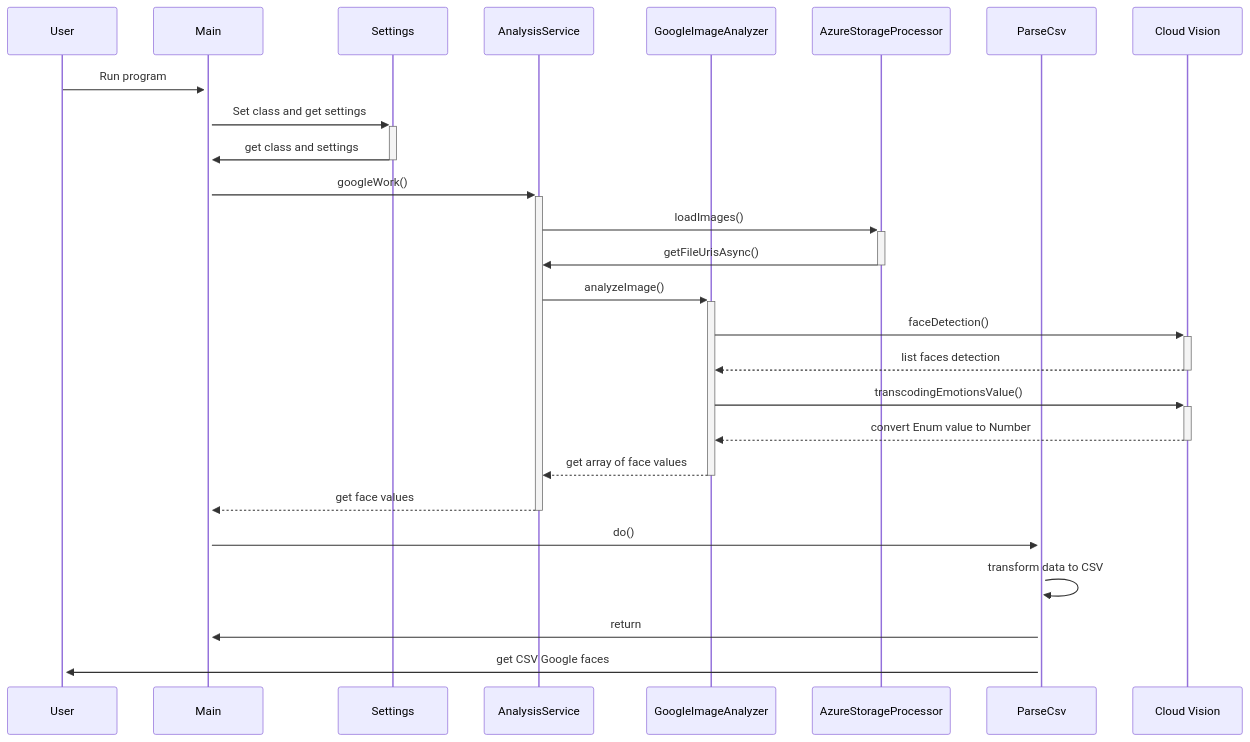
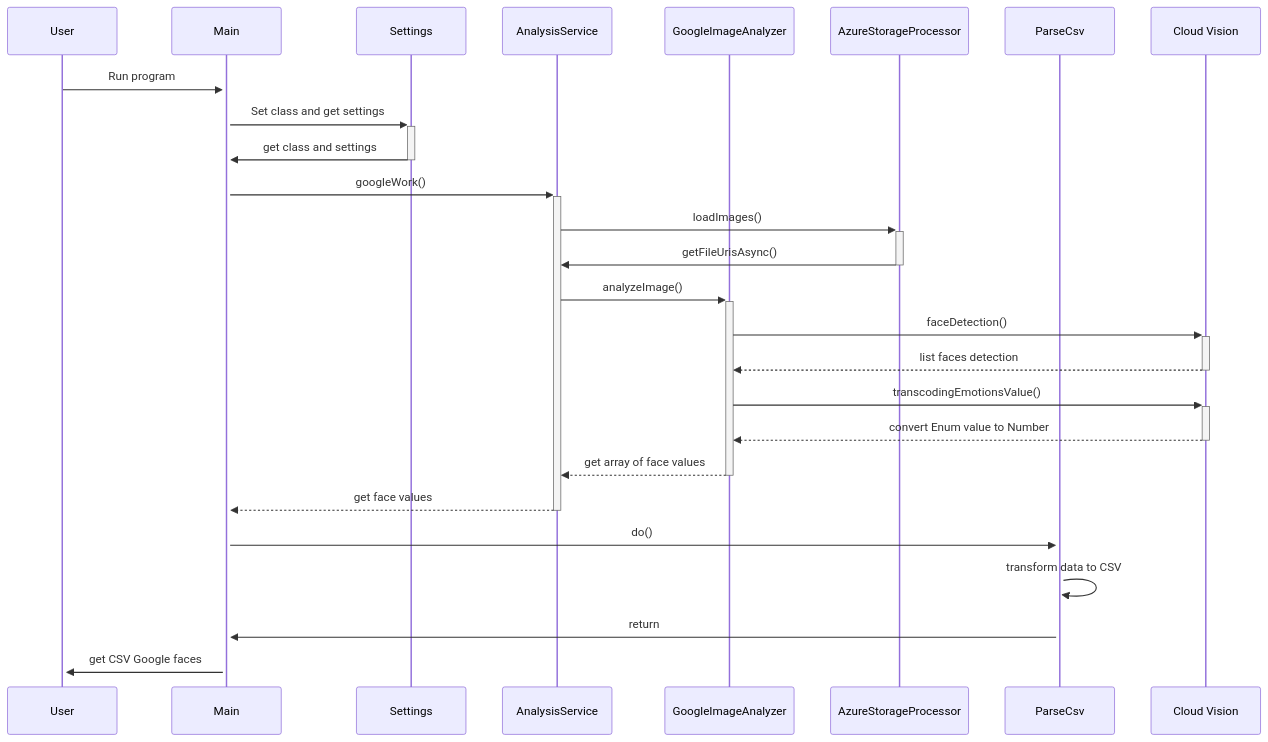
One commit to bslbar/face-recognition changed the diagram in diagrams/GoogleSequenceDiagram.md. Above: the diagram before and after it, drawn with Mermaid.

Commit message:
fixed last sequence of google diagram

````diff
--- a/diagrams/GoogleSequenceDiagram.md
+++ b/diagrams/GoogleSequenceDiagram.md
@@ -1,28 +1,28 @@
 ```mermaid
 sequenceDiagram
     participant U as User
     participant M as Main
     participant S as Settings
     participant AS as AnalysisService
     participant GIA as GoogleImageAnalyzer
     participant ASP as AzureStorageProcessor
     participant PCSV as ParseCsv
     participant GOOGLE as Cloud Vision
 	U->>+M: Run program						
 	M->>+S: Set class and get settings 						
 	S->>-M: get class and settings							
 	M->>+AS: googleWork()						
 	AS->>+ASP: loadImages()	
 	ASP->>-AS: getFileUrisAsync()					
 	AS->>+GIA: analyzeImage()					
 	GIA->>+GOOGLE: faceDetection()					
 	GOOGLE-->>-GIA: list faces detection	
     GIA->>+GOOGLE: transcodingEmotionsValue()					
 	GOOGLE-->>-GIA: convert Enum value to Number					
 	GIA-->>-AS: get array of face values			
 	AS-->>-M: get face values
     M->>+PCSV: do()	
     PCSV->>+PCSV: transform data to CSV	
     PCSV->>+M: return	
-    PCSV->>+U: get CSV Google faces 	
+    M->>+U: get CSV Google faces 	
 ```
````
